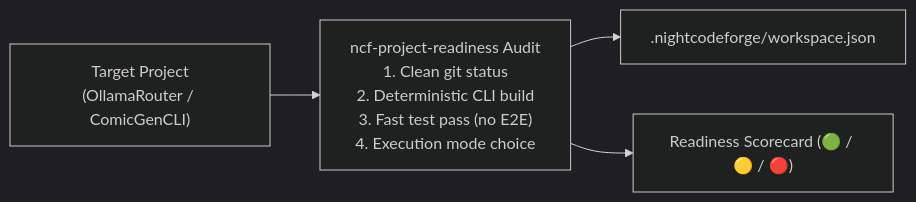
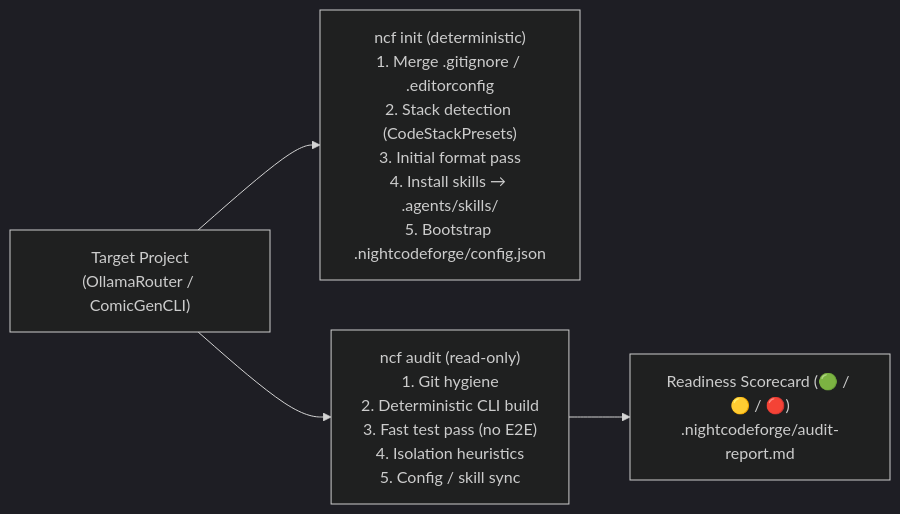
The fourth of 5 diagrams in docs/plan/11_EXTEND_FEATURES.md (jetelain/NightCodeForge), drawn with Mermaid (dark theme) before and after one commit. The commit also changed other lines of this file and 3 other files, not shown here.

````diff
--- a/docs/plan/11_EXTEND_FEATURES.md
+++ b/docs/plan/11_EXTEND_FEATURES.md
@@ -113,6 +117,6 @@
 ```mermaid
 flowchart LR
-    TargetRepo["Target Project<br/>(OllamaRouter / ComicGenCLI)"] --> AuditTool["ncf-project-readiness Audit<br/>1. Clean git status<br/>2. Deterministic CLI build<br/>3. Fast test pass (no E2E)<br/>4. Execution mode choice"]
-    AuditTool --> Bootstrap[".nightcodeforge/workspace.json"]
-    AuditTool --> Scorecard["Readiness Scorecard (🟢 / 🟡 / 🔴)"]
+    TargetRepo["Target Project<br/>(OllamaRouter / ComicGenCLI)"] --> Init["ncf init (deterministic)<br/>1. Merge .gitignore / .editorconfig<br/>2. Stack detection (CodeStackPresets)<br/>3. Initial format pass<br/>4. Install skills → .agents/skills/<br/>5. Bootstrap .nightcodeforge/config.json"]
+    TargetRepo --> Audit["ncf audit (read-only)<br/>1. Git hygiene<br/>2. Deterministic CLI build<br/>3. Fast test pass (no E2E)<br/>4. Isolation heuristics<br/>5. Config / skill sync"]
+    Audit --> Scorecard["Readiness Scorecard (🟢 / 🟡 / 🔴)<br/>.nightcodeforge/audit-report.md"]
 ```
````
